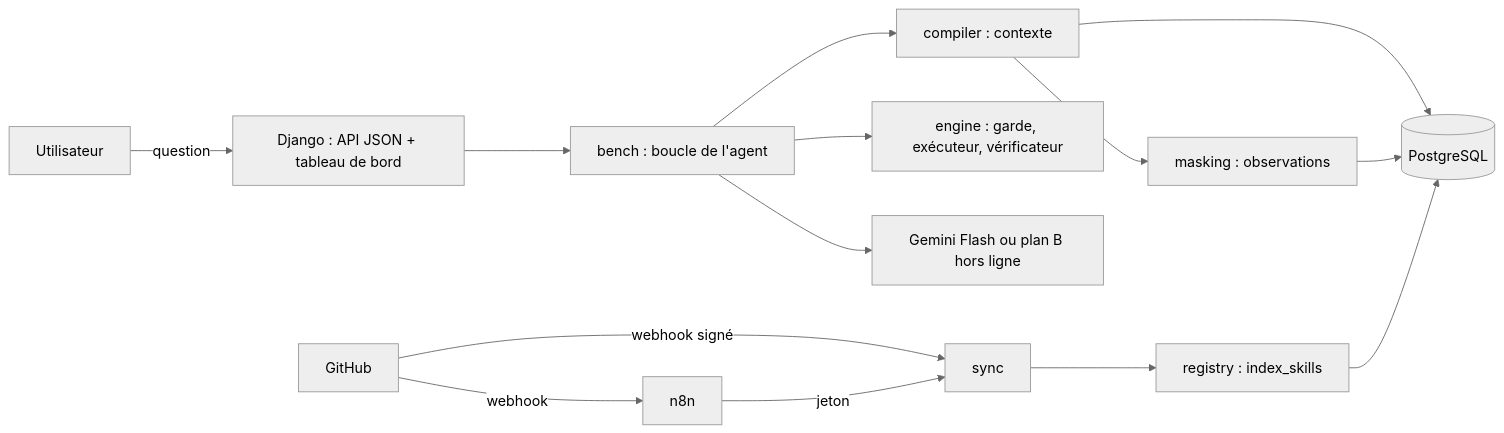
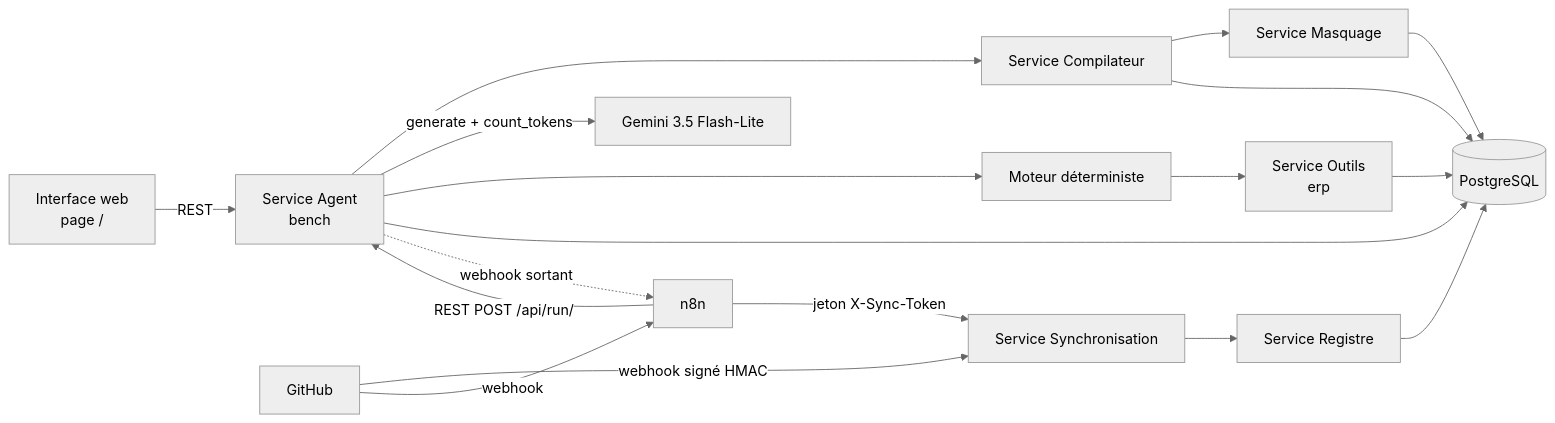
The first of 3 diagrams in docs/ARCHITECTURE.md (lajiliali2077-bit/SOA1-AGENTS), drawn with Mermaid (neutral theme) before and after one commit. The commit also changed other lines of this file and 130 other files, not shown here.

Commit message:
Repenser le projet pour gemini-flash

````diff
--- a/docs/ARCHITECTURE.md
+++ b/docs/ARCHITECTURE.md
@@ -34,15 +38,18 @@
 ```mermaid
 flowchart LR
-    U[Utilisateur] -->|question| API[Django : API JSON + tableau de bord]
-    API --> BENCH[bench : boucle de l'agent]
-    BENCH --> COMP[compiler : contexte]
-    BENCH --> ENG[engine : garde, exécuteur, vérificateur]
-    BENCH --> LLM[Gemini Flash ou plan B hors ligne]
-    COMP --> MASK[masking : observations]
+    UI[Interface web<br>page /] -->|REST| AGENT
+    N8N[n8n] -->|REST POST /api/run/| AGENT
+    AGENT[Service Agent<br>bench] --> COMP[Service Compilateur]
+    AGENT -->|generate + count_tokens| GEMINI[Gemini 3.5 Flash-Lite]
+    AGENT --> ENG[Moteur déterministe]
+    ENG --> TOOLS[Service Outils<br>erp]
+    COMP --> MASK[Service Masquage]
     COMP --> DB[(PostgreSQL)]
+    TOOLS --> DB
     MASK --> DB
-    REG[registry : index_skills] --> DB
-    GH[GitHub] -->|webhook signé| SYNC[sync]
-    GH -->|webhook| N8N[n8n] -->|jeton| SYNC
-    SYNC --> REG
+    AGENT --> DB
+    AGENT -.->|webhook sortant| N8N
+    GH[GitHub] -->|webhook signé HMAC| SYNC[Service Synchronisation]
+    GH -->|webhook| N8N -->|jeton X-Sync-Token| SYNC
+    SYNC --> REG[Service Registre] --> DB
 ```
````
